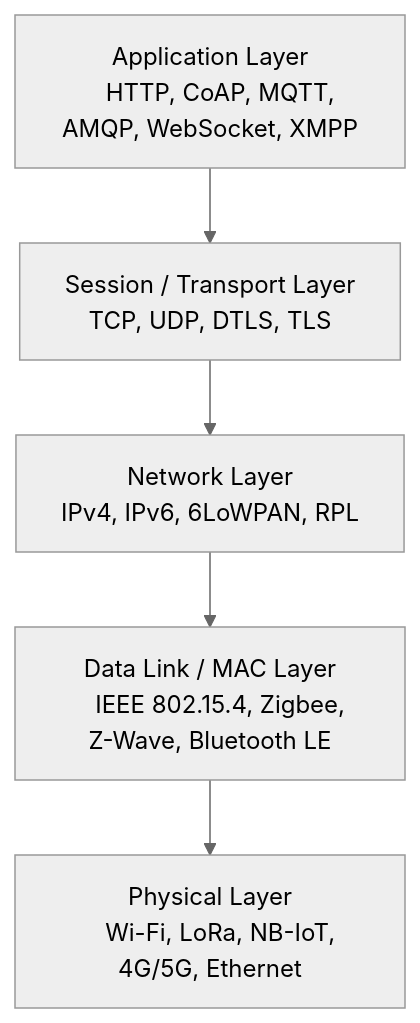
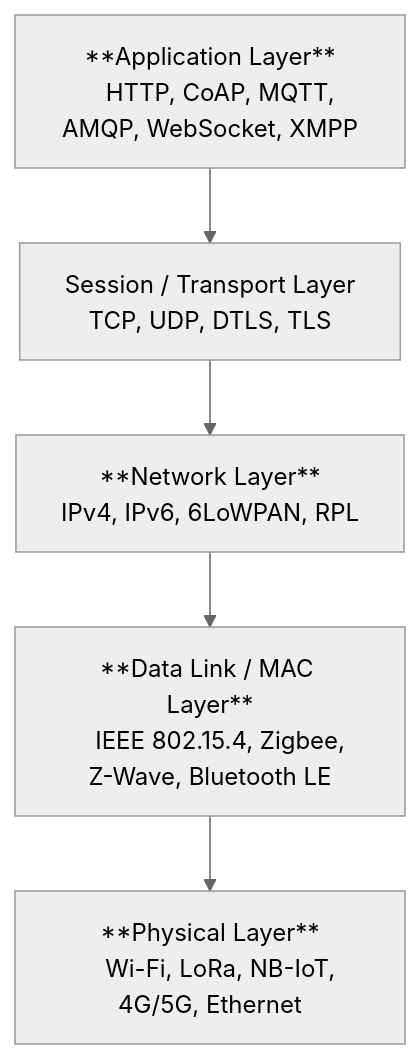
The third of 13 diagrams in Unofficial-QB/Unofficial-QB-Claude-Ans.md (lazgaming70/IOT-CIA-1), drawn with Mermaid (neutral theme) before and after one commit. The commit also changed other lines of this file, not shown here.

Commit message:
Bolded some box titles in mermaidjs code blocks

````diff
--- a/Unofficial-QB/Unofficial-QB-Claude-Ans.md
+++ b/Unofficial-QB/Unofficial-QB-Claude-Ans.md
@@ -464,12 +464,12 @@
 ```mermaid
 flowchart TD
-    A[Application Layer
+    A[**Application Layer**
     HTTP, CoAP, MQTT, AMQP, WebSocket, XMPP] --> B[Session / Transport Layer
     TCP, UDP, DTLS, TLS]
-    B --> C[Network Layer
+    B --> C[**Network Layer**
     IPv4, IPv6, 6LoWPAN, RPL]
-    C --> D[Data Link / MAC Layer
+    C --> D[**Data Link / MAC Layer**
     IEEE 802.15.4, Zigbee, Z-Wave, Bluetooth LE]
-    D --> E[Physical Layer
+    D --> E[**Physical Layer**
     Wi-Fi, LoRa, NB-IoT, 4G/5G, Ethernet]
 ```
````
